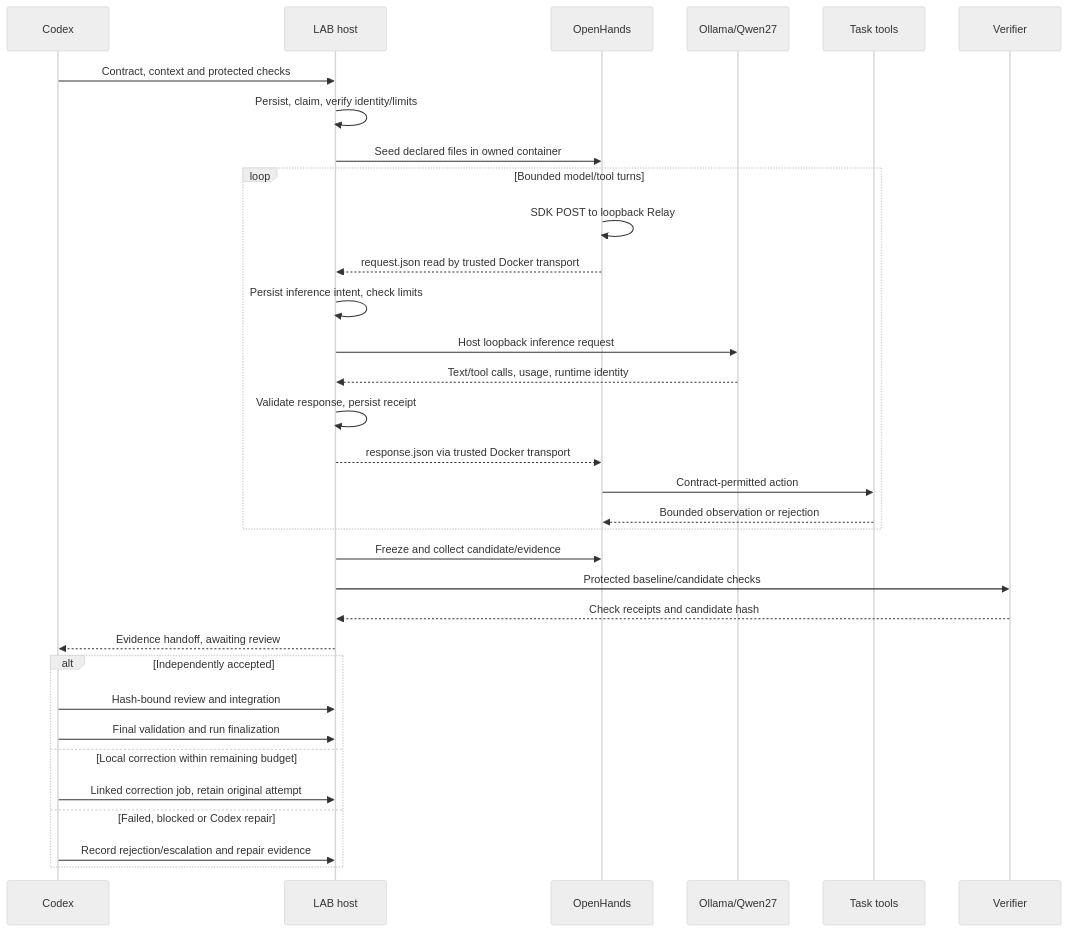
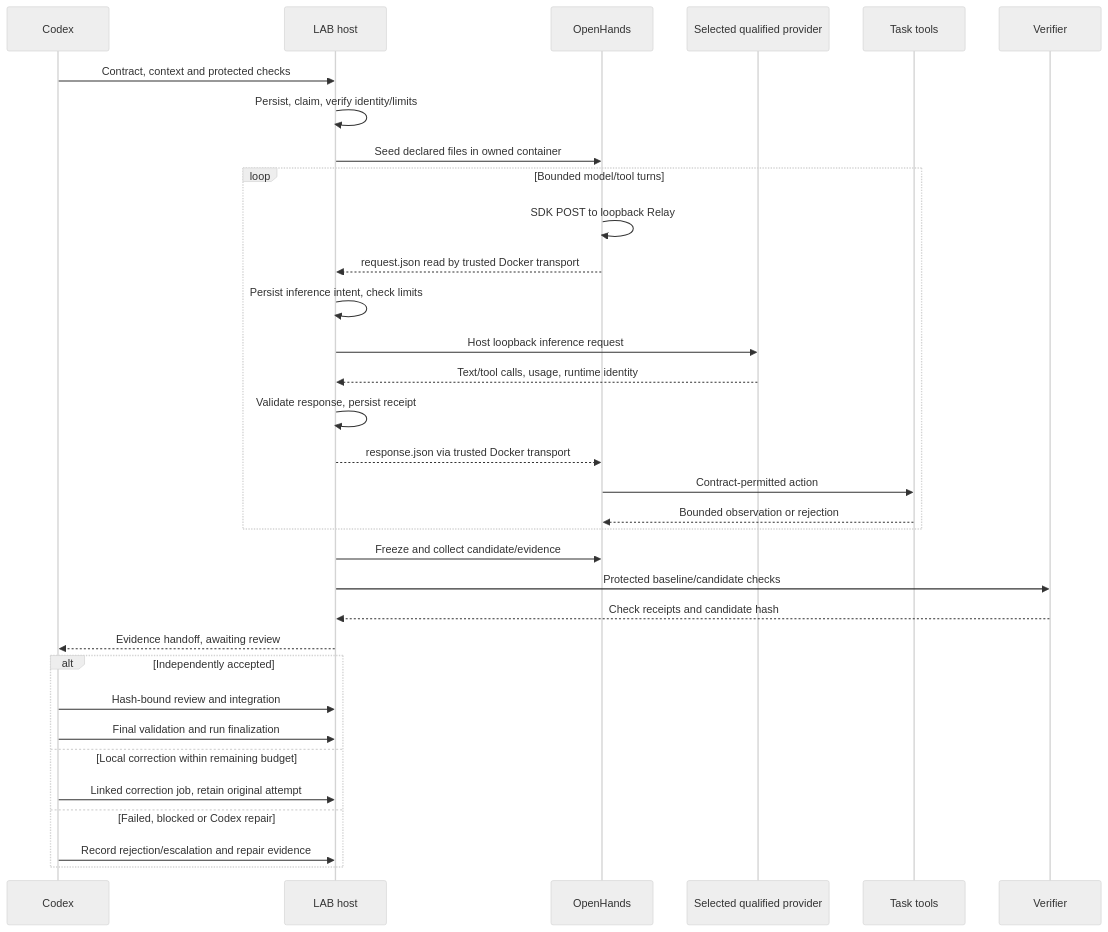
The first of 4 diagrams in docs/WORKFLOW.md (nishdel/OmniLAB-Local-Agent-Bridge-), drawn with Mermaid (neutral theme) before and after one commit. The commit also changed other lines of this file and 14 other files, not shown here.

````diff
--- a/docs/WORKFLOW.md
+++ b/docs/WORKFLOW.md
@@ -68,35 +194,35 @@
 ```mermaid
 sequenceDiagram
     participant C as Codex
     participant L as LAB host
     participant H as OpenHands
-    participant P as Ollama/Qwen27
+    participant P as Selected qualified provider
     participant T as Task tools
     participant V as Verifier
     C->>L: Contract, context and protected checks
     L->>L: Persist, claim, verify identity/limits
     L->>H: Seed declared files in owned container
     loop Bounded model/tool turns
         H->>H: SDK POST to loopback Relay
         H-->>L: request.json read by trusted Docker transport
         L->>L: Persist inference intent, check limits
         L->>P: Host loopback inference request
         P-->>L: Text/tool calls, usage, runtime identity
         L->>L: Validate response, persist receipt
         L-->>H: response.json via trusted Docker transport
         H->>T: Contract-permitted action
         T-->>H: Bounded observation or rejection
     end
     L->>H: Freeze and collect candidate/evidence
     L->>V: Protected baseline/candidate checks
     V-->>L: Check receipts and candidate hash
     L-->>C: Evidence handoff, awaiting review
     alt Independently accepted
         C->>L: Hash-bound review and integration
         C->>L: Final validation and run finalization
     else Local correction within remaining budget
         C->>L: Linked correction job, retain original attempt
     else Failed, blocked or Codex repair
         C->>L: Record rejection/escalation and repair evidence
     end
 ```
````
